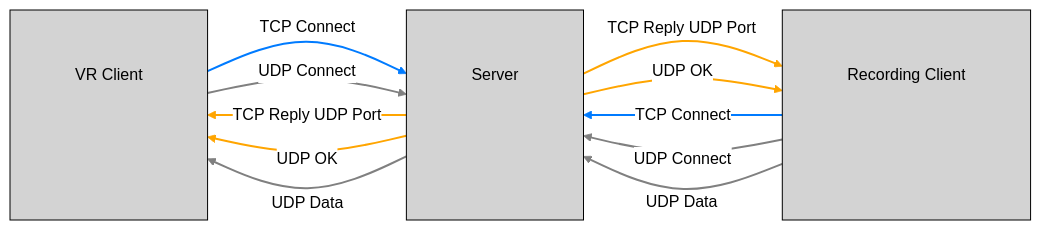
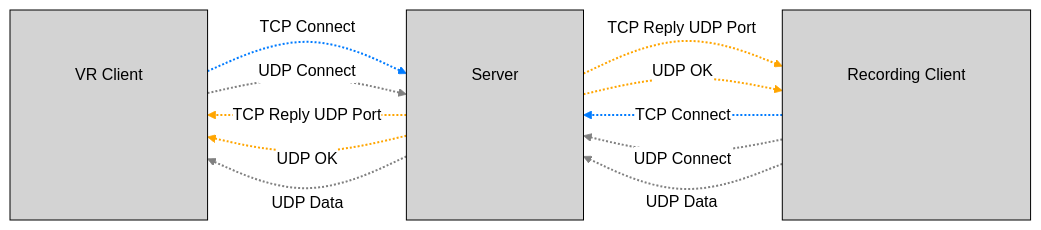
The diagram in README.md (B16boi/HoloPiano---VR-Piano-Instructor), drawn with Mermaid (neutral theme) before and after one commit.

````diff
--- a/README.md
+++ b/README.md
@@ -9,46 +9,51 @@
 ```mermaid
 flowchart LR
     subgraph RecClient[ ]
     direction TB
     A["Recording Client"]
     end
 
     subgraph ServerBox[ ]
     direction TB
     B["Server"]
     end
 
     subgraph VRClient[ ]
     direction TB
     C["VR Client"]
     end
 
-    RecClient -->|"TCP Connect"| ServerBox
-    linkStyle 0 stroke:#007BFF,stroke-width:2px
-    ServerBox -->|"TCP Reply UDP Port"| RecClient
-    linkStyle 1 stroke:#FFA500,stroke-width:2px
-    RecClient -->|"UDP Connect"| ServerBox
-    linkStyle 2 stroke:grey,stroke-width:2px
-    ServerBox -->|"UDP OK"| RecClient
-    linkStyle 3 stroke:#FFA500,stroke-width:2px
-    RecClient -->|"UDP Data"| ServerBox
-    linkStyle 4 stroke:grey,stroke-width:2px
+    RecClient -.->|"TCP Connect"| ServerBox
+    linkStyle 0 stroke:#007BFF,stroke-width:2px,yOffset:-70
+    ServerBox -.->|"TCP Reply UDP Port"| RecClient
+    linkStyle 1 stroke:#FFA500,stroke-width:2px,yOffset:-70
+    RecClient -.->|"UDP Connect"| ServerBox
+    linkStyle 2 stroke:grey,stroke-width:2px,yOffset:-35
+    ServerBox -.->|"UDP OK"| RecClient
+    linkStyle 3 stroke:#FFA500,stroke-width:2px,yOffset:-35
+    RecClient -.->|"UDP Data"| ServerBox
+    linkStyle 4 stroke:grey,stroke-width:2px,yOffset:35
 
-    VRClient -->|"TCP Connect"| ServerBox
-    linkStyle 5 stroke:#007BFF,stroke-width:2px
-    ServerBox -->|"TCP Reply UDP Port"| VRClient
-    linkStyle 6 stroke:#FFA500,stroke-width:2px
-    VRClient -->|"UDP Connect"| ServerBox
-    linkStyle 7 stroke:grey,stroke-width:2px
-    ServerBox -->|"UDP OK"| VRClient
-    linkStyle 8 stroke:#FFA500,stroke-width:2px
-    ServerBox -->|"UDP Data"| VRClient
-    linkStyle 9 stroke:grey,stroke-width:2px
+    VRClient -.->|"TCP Connect"| ServerBox
+    linkStyle 5 stroke:#007BFF,stroke-width:2px,yOffset:-70
+    ServerBox -.->|"TCP Reply UDP Port"| VRClient
+    linkStyle 6 stroke:#FFA500,stroke-width:2px,yOffset:-70
+    VRClient -.->|"UDP Connect"| ServerBox
+    linkStyle 7 stroke:grey,stroke-width:2px,yOffset:-35
+    ServerBox -.->|"UDP OK"| VRClient
+    linkStyle 8 stroke:#FFA500,stroke-width:2px,yOffset:-35
+    ServerBox -.->|"UDP Data"| VRClient
+    linkStyle 9 stroke:grey,stroke-width:2px,yOffset:35
+
+    A:::centered
+    B:::centered
+    C:::centered
 
     style RecClient fill:#D3D3D3,stroke:#000,stroke-width:1px,height:210px
     style ServerBox fill:#D3D3D3,stroke:#000,stroke-width:1px,height:210px
     style VRClient fill:#D3D3D3,stroke:#000,stroke-width:1px,height:210px
 
+    classDef centered fill:none,stroke:none,yOffset:105
     classDef no-style fill:none,stroke:none
     class A,B,C no-style
 ```
````
